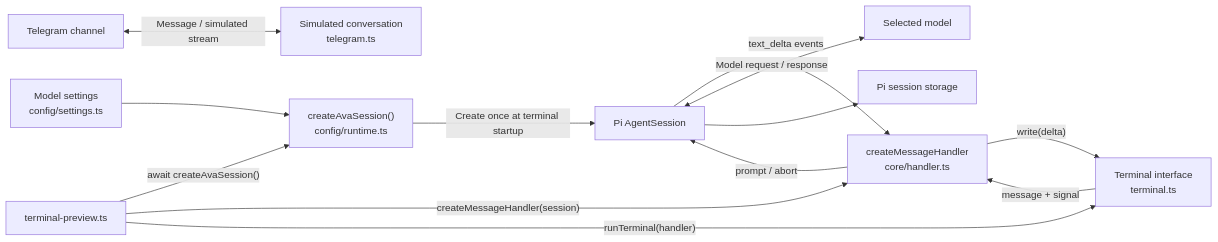
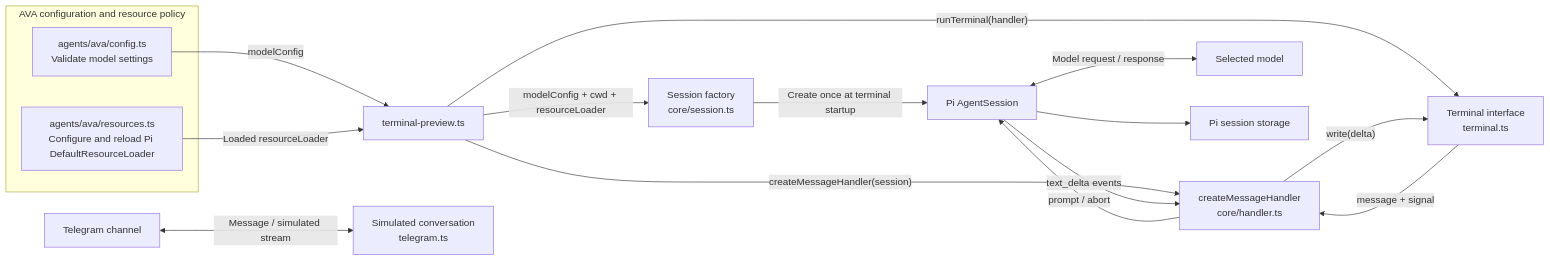
Before and after one commit to fjeansilva/ava-personal-assistant: the first of 6 diagrams in ARCHITECTURE.md, drawn with Mermaid. The commit also changed other lines of this file and 7 other files, not shown here.

First line of the commit message:
refactor(ava): separate agent configuration from Pi session setup

````diff
--- a/ARCHITECTURE.md
+++ b/ARCHITECTURE.md
@@ -17,15 +17,20 @@
 ```mermaid
 flowchart LR
-    Config["Model settings<br/>config/settings.ts"] --> Factory["createAvaSession()<br/>config/runtime.ts"]
+    subgraph Ava["AVA configuration and resource policy"]
+        Config["agents/ava/config.ts<br/>Validate model settings"]
+        Resources["agents/ava/resources.ts<br/>Configure and reload Pi DefaultResourceLoader"]
+    end
+    Config -->|"modelConfig"| Entry["terminal-preview.ts"]
+    Resources -->|"Loaded resourceLoader"| Entry
+    Entry -->|"modelConfig + cwd + resourceLoader"| Factory["Session factory<br/>core/session.ts"]
     Factory -->|"Create once at terminal startup"| Session["Pi AgentSession"]
-    Entry["terminal-preview.ts"] -->|"await createAvaSession()"| Factory
     Entry -->|"createMessageHandler(session)"| Handler["createMessageHandler<br/>core/handler.ts"]
     Entry -->|"runTerminal(handler)"| Terminal["Terminal interface<br/>terminal.ts"]
     Terminal -->|"message + signal"| Handler
     Handler -->|"prompt / abort"| Session
     Session -->|"text_delta events"| Handler
     Handler -->|"write(delta)"| Terminal
     Session <-->|"Model request / response"| Model["Selected model"]
     Session --> History["Pi session storage"]
     Telegram["Telegram channel"] <-->|"Message / simulated stream"| Simulated["Simulated conversation<br/>telegram.ts"]
 ```
````
